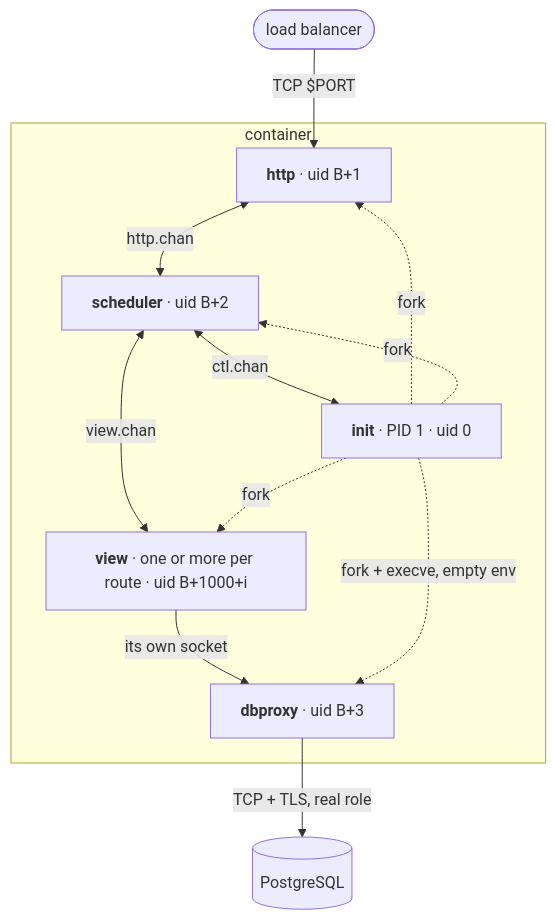
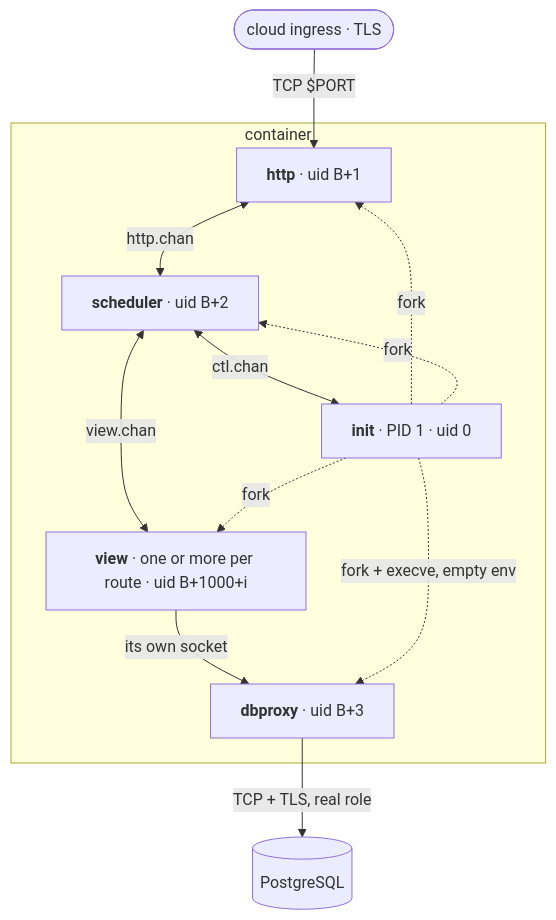
The first of 2 diagrams in docs/how-it-works.md (OffworldNexus/blastit), drawn with Mermaid before and after one commit. The commit also changed other lines of this file and 27 other files, not shown here.

````diff
--- a/docs/how-it-works.md
+++ b/docs/how-it-works.md
@@ -16,25 +17,25 @@
 ```mermaid
 flowchart TB
-    lb(["load balancer"])
+    lb(["cloud ingress · TLS"])
     pg[("PostgreSQL")]
 
     subgraph container["container"]
         init["<b>init</b> · PID 1 · uid 0"]
         http["<b>http</b> · uid B+1"]
         sched["<b>scheduler</b> · uid B+2"]
         v0["<b>view</b> · one or more per route · uid B+1000+i"]
         dbproxy["<b>dbproxy</b> · uid B+3"]
     end
 
     lb -- "TCP $PORT" --> http
     http <-- "http.chan" --> sched
     sched <-- "ctl.chan" --> init
     sched <-- "view.chan" --> v0
     v0 -- "its own socket" --> dbproxy
     dbproxy -- "TCP + TLS, real role" --> pg
 
     init -. "fork" .-> http
     init -. "fork" .-> sched
     init -. "fork" .-> v0
     init -. "fork + execve, empty env" .-> dbproxy
 ```
````
